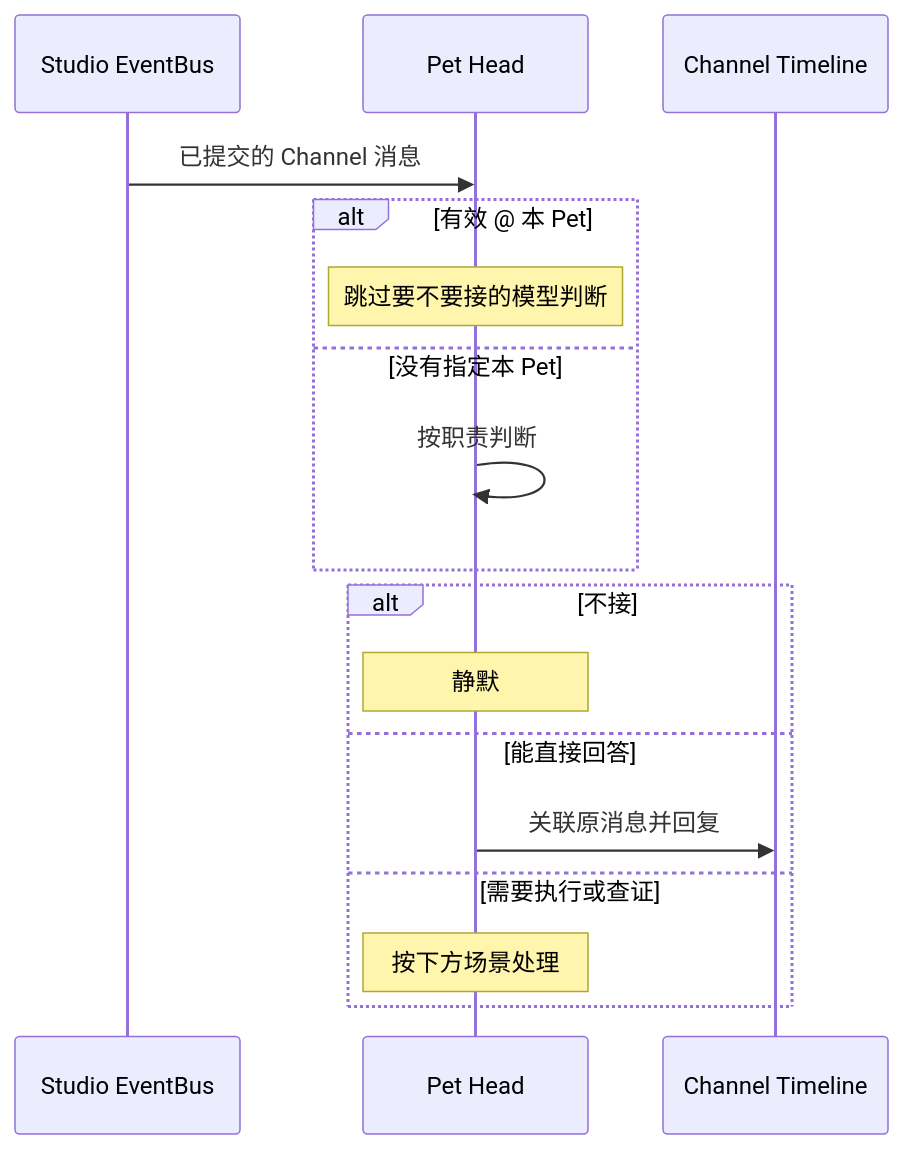
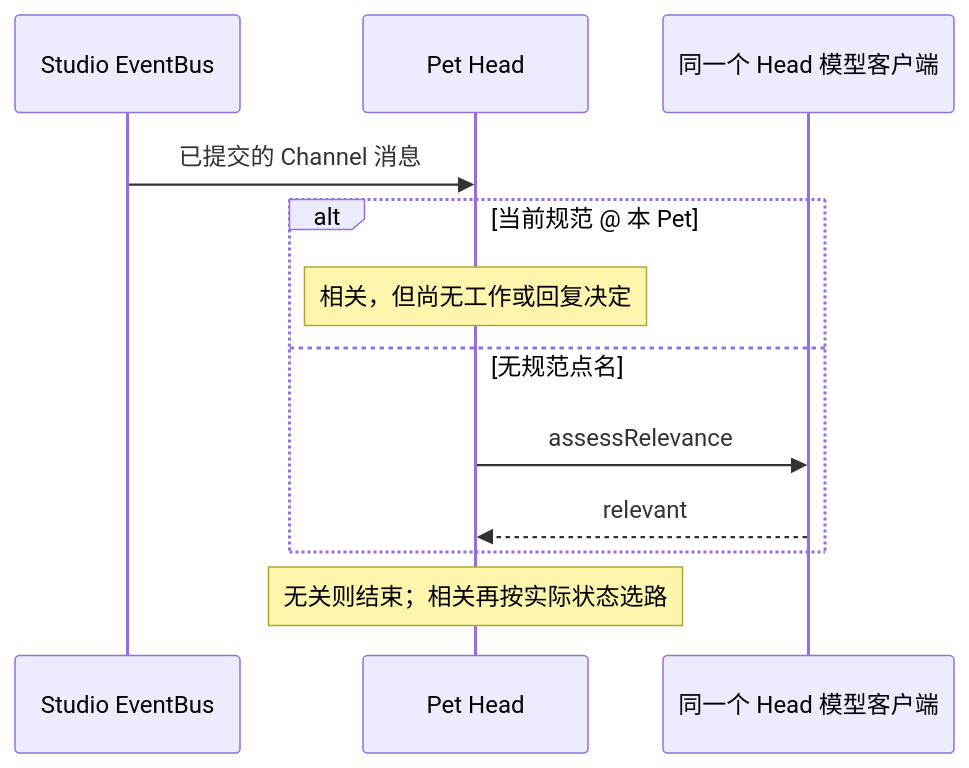
One commit to pinpawo/pinpawo-agent changed the second of 5 diagrams in docs/design/studio/pet-head-mechanism.md. Above: the diagram before and after it, drawn with Mermaid. The commit also changed other lines of this file and 47 other files, not shown here.

First line of the commit message:
fix(studio): let Pet Head route from the actual execution state (#1100)

````diff
--- a/docs/design/studio/pet-head-mechanism.md
+++ b/docs/design/studio/pet-head-mechanism.md
@@ -59,19 +63,14 @@
 ```mermaid
 sequenceDiagram
     participant B as Studio EventBus
     participant H as Pet Head
-    participant C as Channel Timeline
+    participant M as 同一个 Head 模型客户端
     B->>H: 已提交的 Channel 消息
-    alt 有效 @ 本 Pet
-        Note over H: 跳过要不要接的模型判断
-    else 没有指定本 Pet
-        H->>H: 按职责判断
+    alt 当前规范 @ 本 Pet
+        Note over H: 相关，但尚无工作或回复决定
+    else 无规范点名
+        H->>M: assessRelevance
+        M-->>H: relevant
     end
-    alt 不接
-        Note over H: 静默
-    else 能直接回答
-        H->>C: 关联原消息并回复
-    else 需要执行或查证
-        Note over H: 按下方场景处理
-    end
+    Note over H: 无关则结束；相关再按实际状态选路
 ```
````
